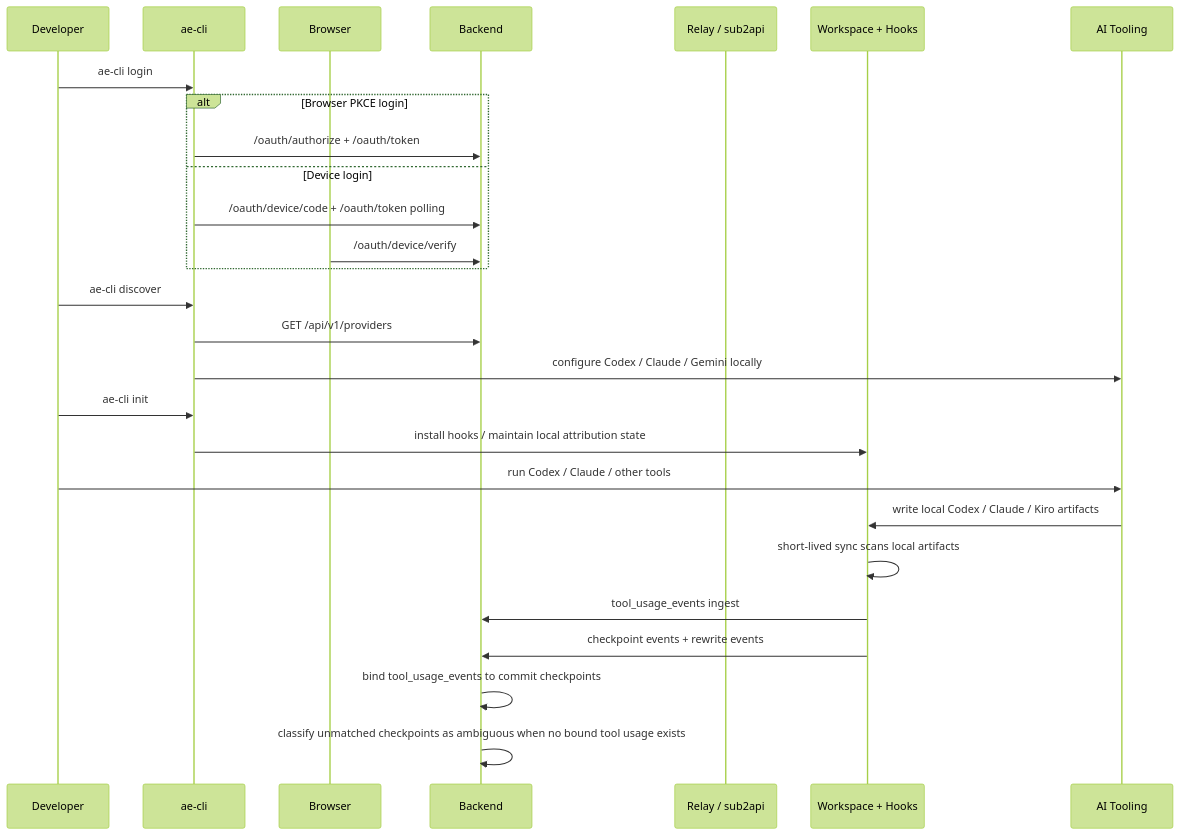
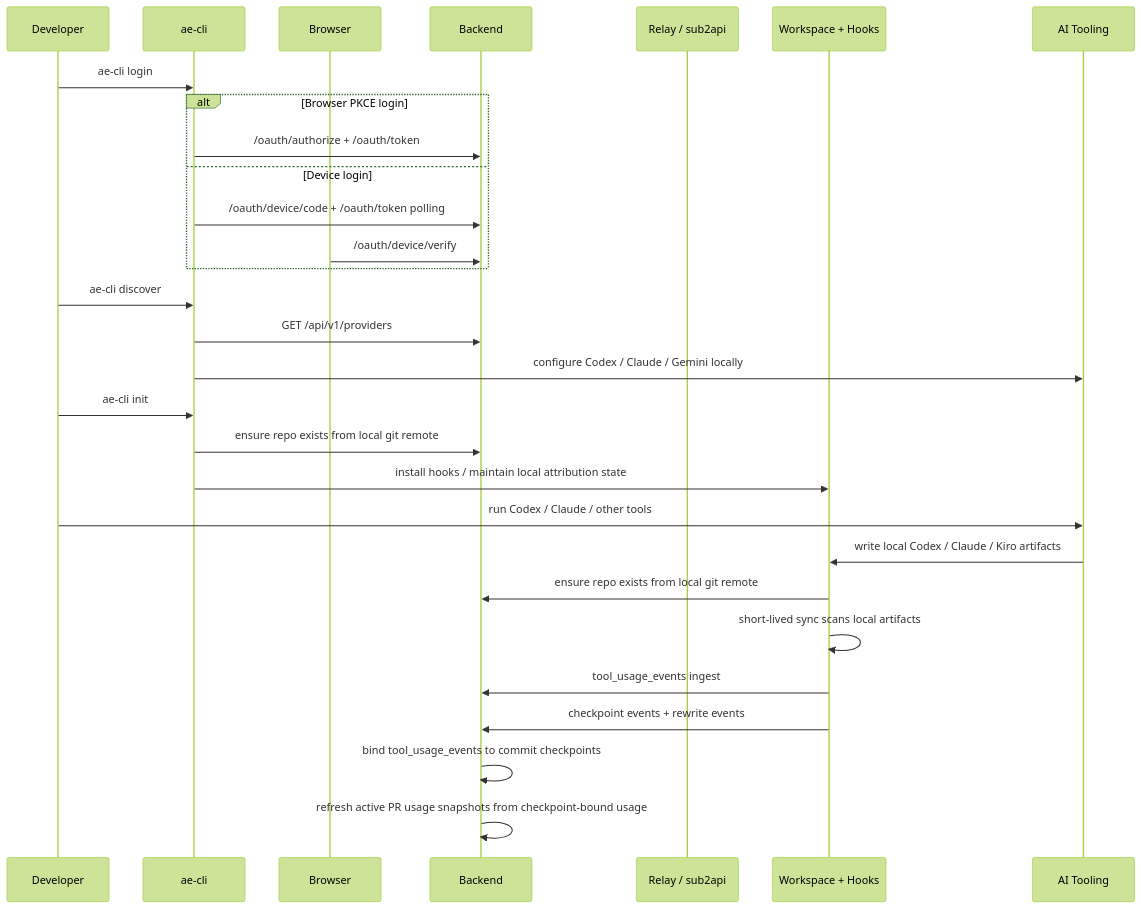
The third of 4 diagrams in docs/architecture.md (LichKing-2234/ai-efficiency), drawn with Mermaid (forest theme) before and after one commit. The commit also changed other lines of this file and 1 other file, not shown here.

Commit message:
docs(architecture): document PR usage snapshot runtime

````diff
--- a/docs/architecture.md
+++ b/docs/architecture.md
@@ -126,30 +126,32 @@
 ```mermaid
 sequenceDiagram
     participant Dev as Developer
     participant CLI as ae-cli
     participant Browser as Browser
     participant BE as Backend
     participant Relay as Relay / sub2api
     participant WS as Workspace + Hooks
     participant Tool as AI Tooling
 
     Dev->>CLI: ae-cli login
     alt Browser PKCE login
         CLI->>BE: /oauth/authorize + /oauth/token
     else Device login
         CLI->>BE: /oauth/device/code + /oauth/token polling
         Browser->>BE: /oauth/device/verify
     end
     Dev->>CLI: ae-cli discover
     CLI->>BE: GET /api/v1/providers
     CLI->>Tool: configure Codex / Claude / Gemini locally
     Dev->>CLI: ae-cli init
+    CLI->>BE: ensure repo exists from local git remote
     CLI->>WS: install hooks / maintain local attribution state
     Dev->>Tool: run Codex / Claude / other tools
     Tool->>WS: write local Codex / Claude / Kiro artifacts
+    WS->>BE: ensure repo exists from local git remote
     WS->>WS: short-lived sync scans local artifacts
     WS->>BE: tool_usage_events ingest
     WS->>BE: checkpoint events + rewrite events
     BE->>BE: bind tool_usage_events to commit checkpoints
-    BE->>BE: classify unmatched checkpoints as ambiguous when no bound tool usage exists
+    BE->>BE: refresh active PR usage snapshots from checkpoint-bound usage
 ```
````
